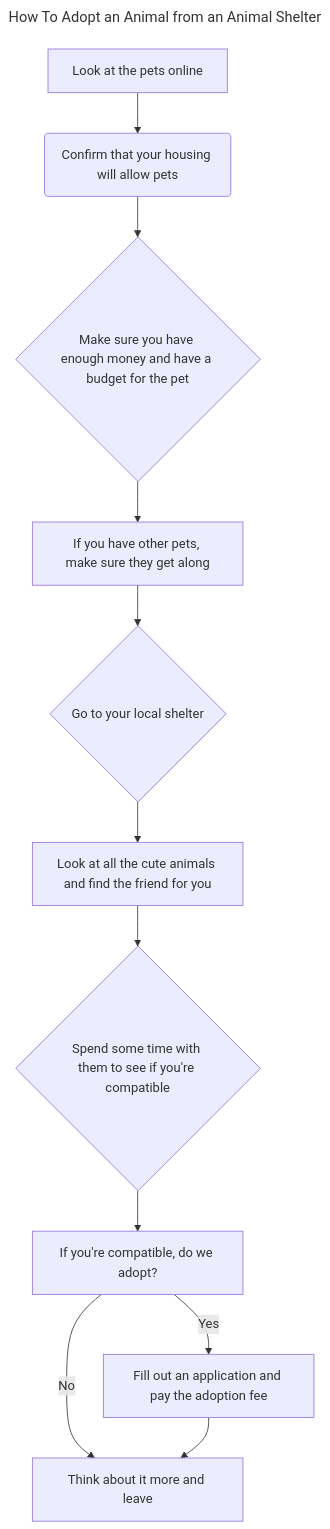
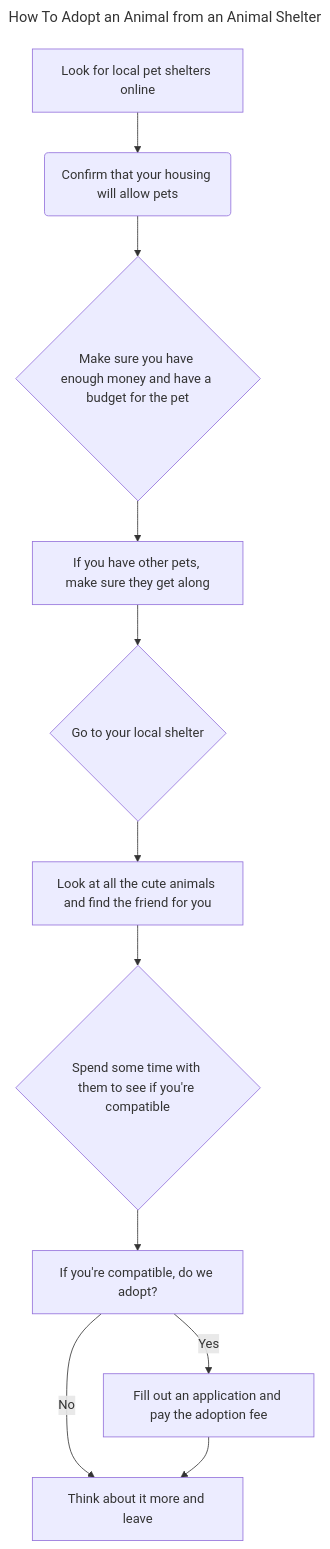
One commit to ElizabethTheisen/elizabeththeisen.github.io changed the diagram in Diagram.md. Above: the diagram before and after it, drawn with Mermaid. The commit also changed other lines of this file, not shown here.

````diff
--- a/Diagram.md
+++ b/Diagram.md
@@ -1,16 +1,16 @@
 ```mermaid
 ---
 title: How To Adopt an Animal from an Animal Shelter
 ---
 graph TD
-    A[Look at the pets online] --> B(Confirm that your housing will allow pets)
+    A[Look for local pet shelters online] --> B(Confirm that your housing will allow pets)
     B --> C{Make sure you have enough money and have a budget for the pet}
     C --> D[If you have other pets, make sure they get along]
     D --> E{Go to your local shelter}
     E --> F[Look at all the cute animals and find the friend for you]
     F --> G{Spend some time with them to see if you're compatible}
     G --> H[If you're compatible, do we adopt?]
     H -->|Yes| I[Fill out an application and pay the adoption fee]
     H -->|No| J[Think about it more and leave]
     I --> J
 ```
````
